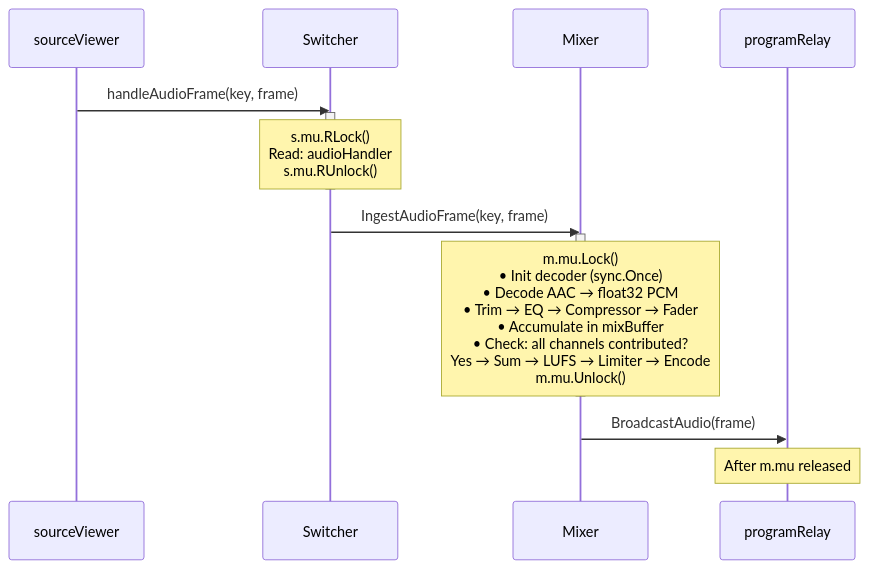
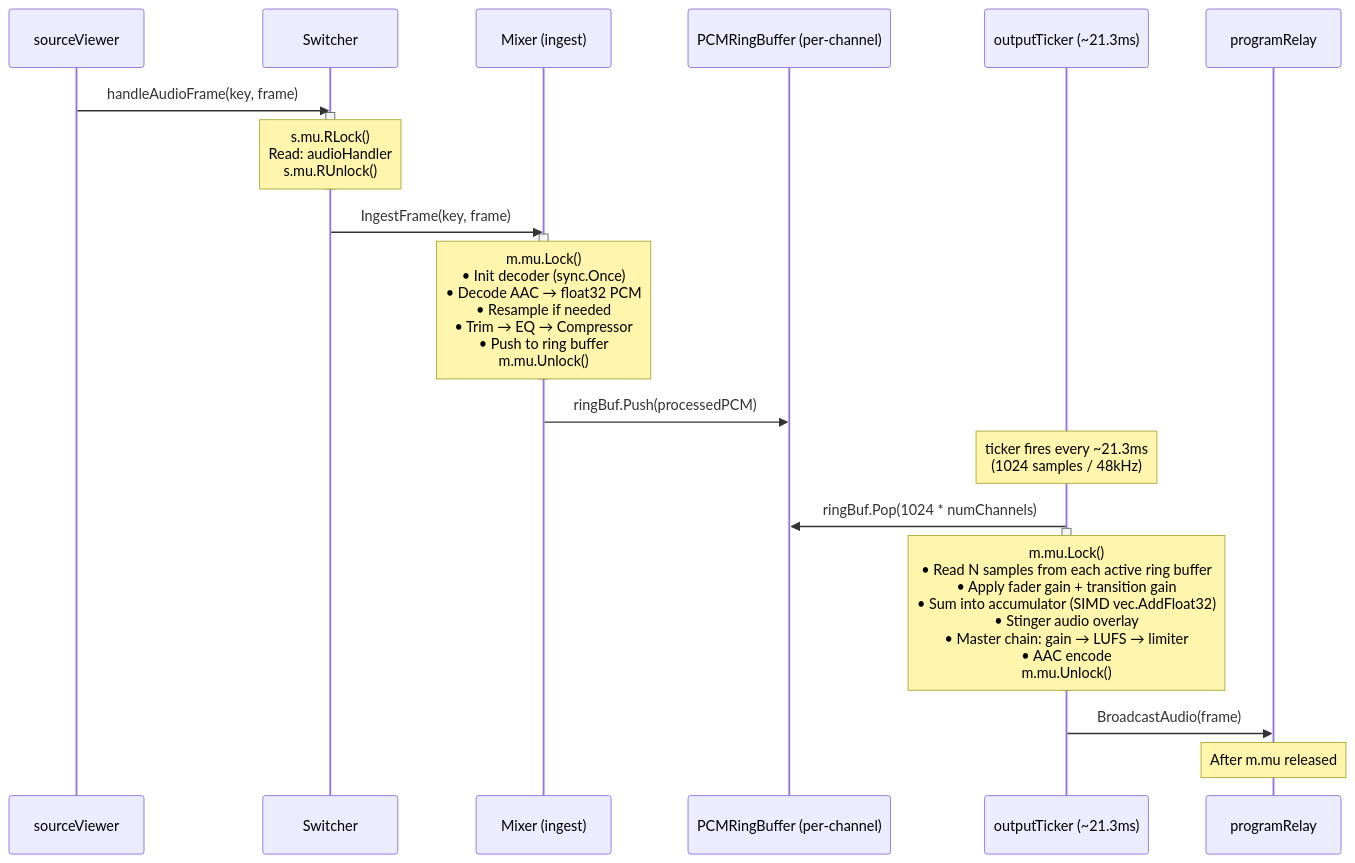
Before and after one commit to zsiec/switchframe: the fifth of 7 diagrams in docs/locking-and-concurrency.md, drawn with Mermaid. The commit also changed other lines of this file and 5 other files, not shown here.

First line of the commit message:
docs: add comms, replay, preview, audio mixer

````diff
--- a/docs/locking-and-concurrency.md
+++ b/docs/locking-and-concurrency.md
@@ -295,20 +300,31 @@
 ```mermaid
 sequenceDiagram
     participant SV as sourceViewer
     participant SW as Switcher
-    participant MX as Mixer
+    participant MX as Mixer (ingest)
+    participant RB as PCMRingBuffer (per-channel)
+    participant TK as outputTicker (~21.3ms)
     participant PR as programRelay
 
     SV->>SW: handleAudioFrame(key, frame)
     activate SW
     Note over SW: s.mu.RLock()<br/>Read: audioHandler<br/>s.mu.RUnlock()
     deactivate SW
 
-    SW->>MX: IngestAudioFrame(key, frame)
+    SW->>MX: IngestFrame(key, frame)
     activate MX
-    Note over MX: m.mu.Lock()<br/>• Init decoder (sync.Once)<br/>• Decode AAC → float32 PCM<br/>• Trim → EQ → Compressor → Fader<br/>• Accumulate in mixBuffer<br/>• Check: all channels contributed?<br/>  Yes → Sum → LUFS → Limiter → Encode<br/>m.mu.Unlock()
+    Note over MX: m.mu.Lock()<br/>• Init decoder (sync.Once)<br/>• Decode AAC → float32 PCM<br/>• Resample if needed<br/>• Trim → EQ → Compressor<br/>• Push to ring buffer<br/>m.mu.Unlock()
     deactivate MX
 
-    MX->>PR: BroadcastAudio(frame)
+    MX->>RB: ringBuf.Push(processedPCM)
+
+    Note over TK: ticker fires every ~21.3ms<br/>(1024 samples / 48kHz)
+
+    TK->>RB: ringBuf.Pop(1024 * numChannels)
+    activate TK
+    Note over TK: m.mu.Lock()<br/>• Read N samples from each active ring buffer<br/>• Apply fader gain + transition gain<br/>• Sum into accumulator (SIMD vec.AddFloat32)<br/>• Stinger audio overlay<br/>• Master chain: gain → LUFS → limiter<br/>• AAC encode<br/>m.mu.Unlock()
+    deactivate TK
+
+    TK->>PR: BroadcastAudio(frame)
     Note over PR: After m.mu released
 ```
````
